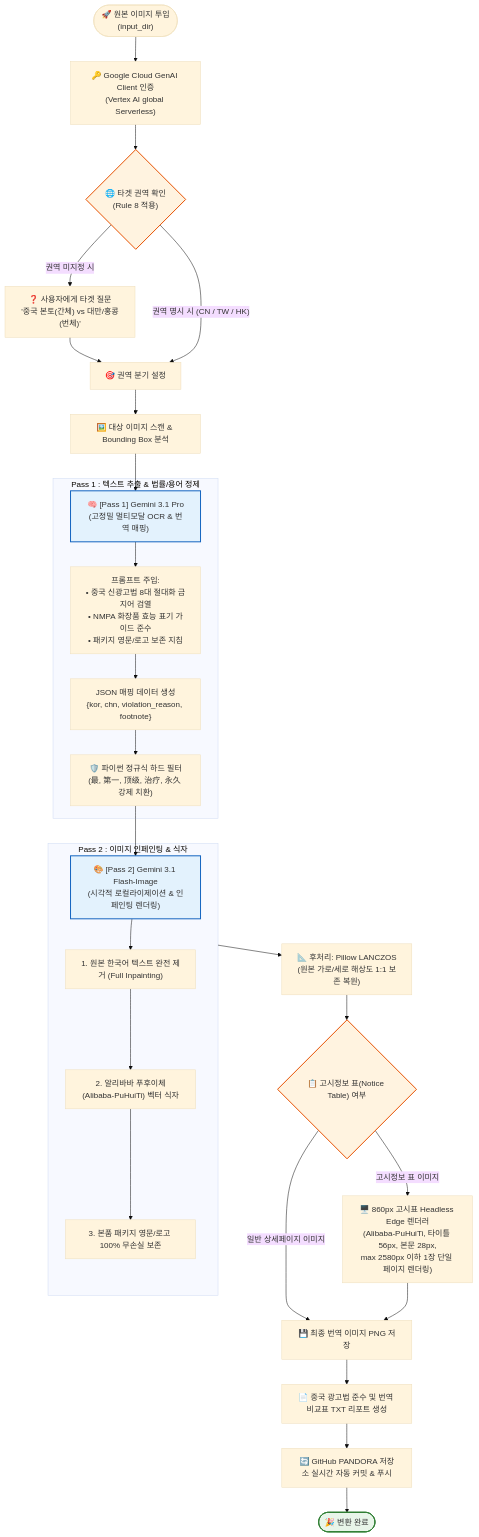
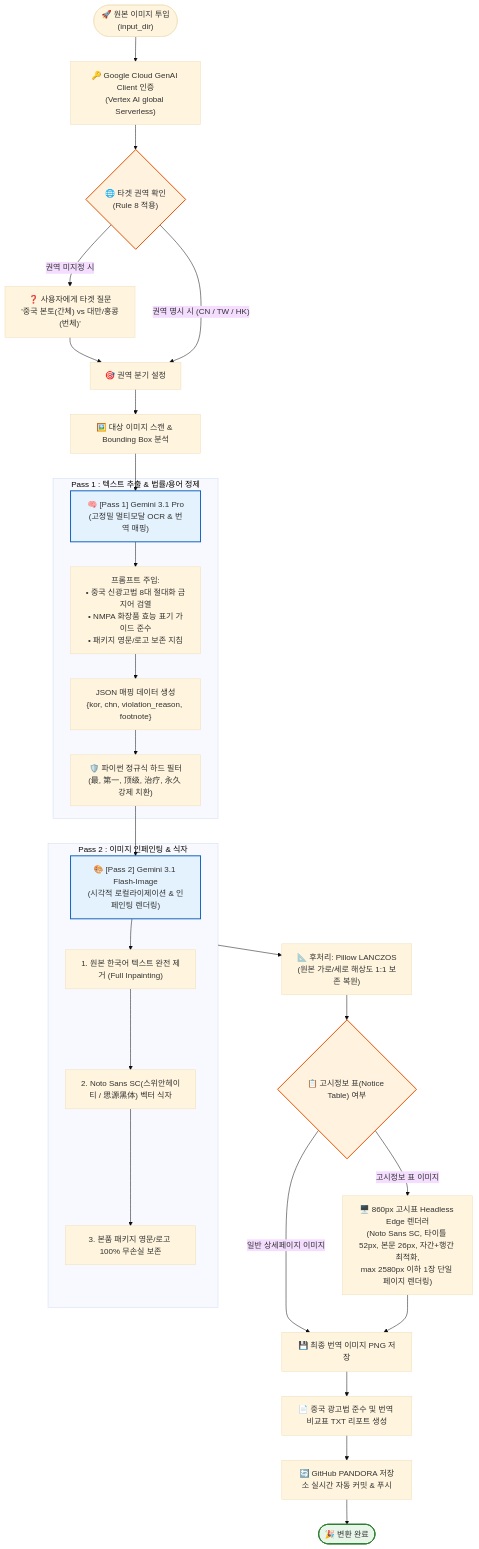
Before and after one commit to euntaewoo/PANDORA: the diagram in 중국어/CN_Engine_Workflow_and_TechStack.md, drawn with Mermaid (base theme). The commit also changed other lines of this file and 27 other files, not shown here.

Commit message:
feat: apply Noto Sans SC (Source Han Sans SC) and 3 Chinese layout tips (size scaling, line-height 1.65, letter-spacing +0.6px)

````diff
--- a/중국어/CN_Engine_Workflow_and_TechStack.md
+++ b/중국어/CN_Engine_Workflow_and_TechStack.md
@@ -14,47 +14,48 @@
 ```mermaid
 flowchart TD
     %% [기초 엔진 주석]: 프로토엔진(PROTO_Engine_V0) 코어 기반 중국어권 특화 파생 모델
     Start(["🚀 원본 이미지 투입<br>(input_dir)"]) --> Auth["🔑 Google Cloud GenAI Client 인증<br>(Vertex AI global Serverless)"]
     Auth --> CheckRegion{"🌐 타겟 권역 확인<br>(Rule 8 적용)"}
-
 
     CheckRegion -- "권역 미지정 시" --> AskUser["❓ 사용자에게 타겟 질문<br>'중국 본토(간체) vs 대만/홍콩(번체)'"]
     AskUser --> Branch
     CheckRegion -- "권역 명시 시 (CN / TW / HK)" --> Branch["🎯 권역 분기 설정"]
 
     Branch --> ScanImages["🖼️ 대상 이미지 스캔 & Bounding Box 분석"]
     ScanImages --> Pass1["🧠 [Pass 1] Gemini 3.1 Pro<br>(고정밀 멀티모달 OCR & 번역 매핑)"]
 
     subgraph Pass1_Detail ["Pass 1 : 텍스트 추출 & 법률/용어 정제"]
         Pass1 --> P1_Prompt["프롬프트 주입:<br>• 중국 신광고법 8대 절대화 금지어 검열<br>• NMPA 화장품 효능 표기 가이드 준수<br>• 패키지 영문/로고 보존 지침"]
         P1_Prompt --> P1_Gen["JSON 매핑 데이터 생성<br>{kor, chn, violation_reason, footnote}"]
         P1_Gen --> P1_Regex["🛡️ 파이썬 정규식 하드 필터<br>(最, 第一, 顶级, 治疗, 永久 강제 치환)"]
     end
 
     P1_Regex --> Pass2["🎨 [Pass 2] Gemini 3.1 Flash-Image<br>(시각적 로컬라이제이션 & 인페인팅 렌더링)"]
 
     subgraph Pass2_Detail ["Pass 2 : 이미지 인페인팅 & 식자"]
         Pass2 --> P2_Erase["1. 원본 한국어 텍스트 완전 제거 (Full Inpainting)"]
-        P2_Erase --> P2_Font["2. 알리바바 푸후이체(Alibaba-PuHuiTi) 벡터 식자"]
+        P2_Erase --> P2_Font["2. Noto Sans SC(스위안헤이티 / 思源黑体) 벡터 식자"]
         P2_Font --> P2_Package["3. 본품 패키지 영문/로고 100% 무손실 보존"]
     end
 
     Pass2_Detail --> PostProc["📐 후처리: Pillow LANCZOS<br>(원본 가로/세로 해상도 1:1 보존 복원)"]
     
     PostProc --> TableCheck{"📋 고시정보 표(Notice Table) 여부"}
     TableCheck -- "일반 상세페이지 이미지" --> SaveImg["💾 최종 번역 이미지 PNG 저장"]
-    TableCheck -- "고시정보 표 이미지" --> TableRenderer["🖥️ 860px 고시표 Headless Edge 렌더러<br>(Alibaba-PuHuiTi, 타이틀 56px, 본문 28px,<br>max 2580px 이하 1장 단일 페이지 렌더링)"]
+    TableCheck -- "고시정보 표 이미지" --> TableRenderer["🖥️ 860px 고시표 Headless Edge 렌더러<br>(Noto Sans SC, 타이틀 52px, 본문 26px, 자간+행간 최적화,<br>max 2580px 이하 1장 단일 페이지 렌더링)"]
     TableRenderer --> SaveImg
+
+
 
 
     SaveImg --> Report["📄 중국 광고법 준수 및 번역 비교표 TXT 리포트 생성"]
     Report --> GitSync["🔄 GitHub PANDORA 저장소 실시간 자동 커밋 & 푸시"]
     GitSync --> Finish(["🎉 변환 완료"])
 
     classDef passClass fill:#e3f2fd,stroke:#1565c0,stroke-width:2px;
     classDef checkClass fill:#fff3e0,stroke:#e65100,stroke-width:2px;
     classDef finishClass fill:#e8f5e9,stroke:#2e7d32,stroke-width:2px;
     class Pass1,Pass2 passClass;
     class CheckRegion,TableCheck checkClass;
     class Finish finishClass;
 ```
````
